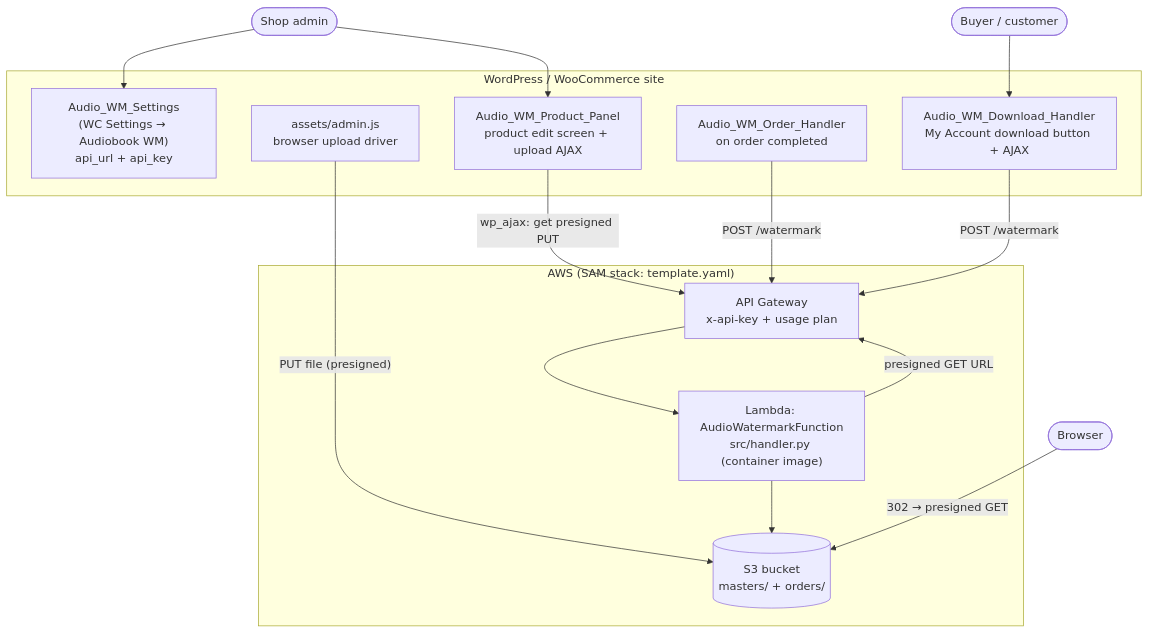
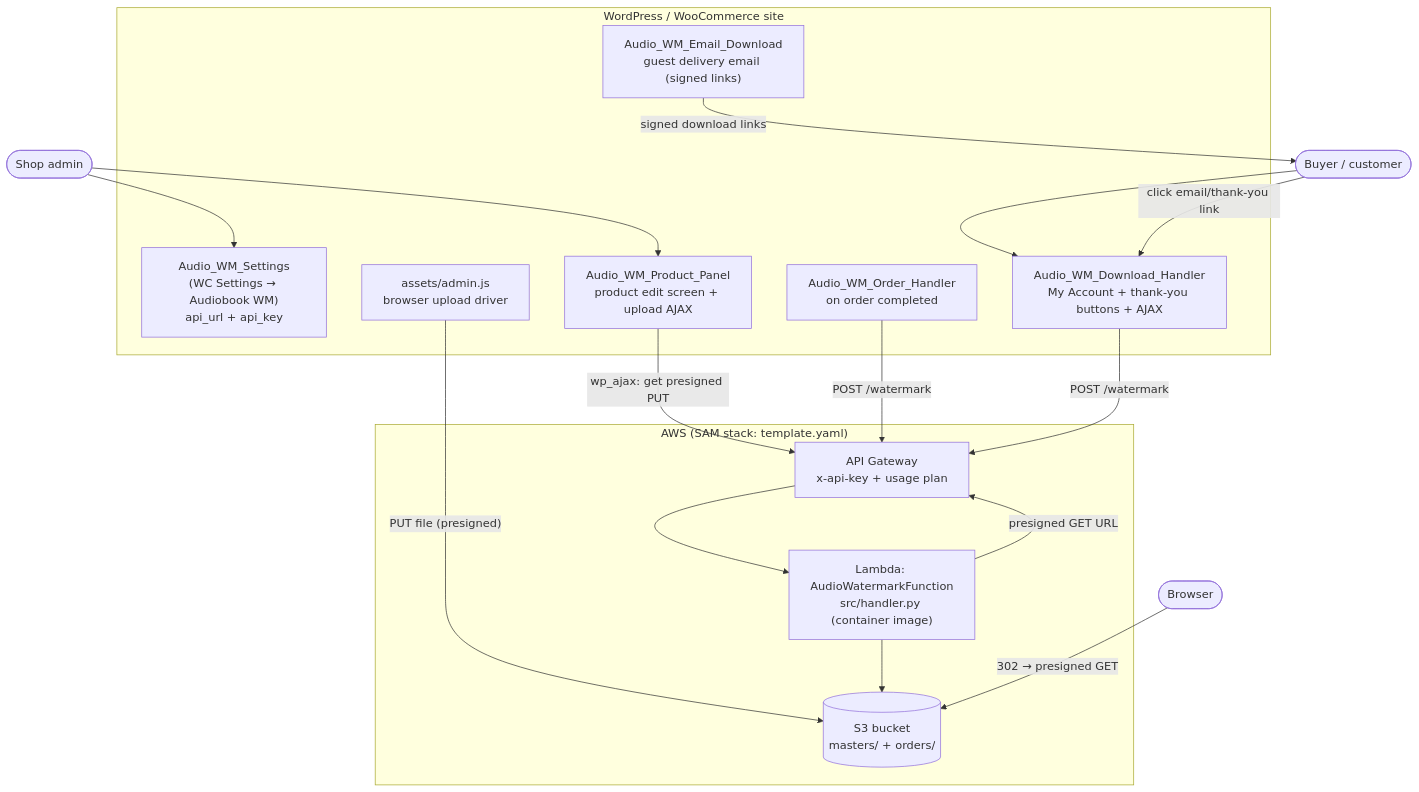
Before and after one commit to l-k-sfr-jt/audio-watermark: the diagram in docs/ARCHITECTURE.md, drawn with Mermaid. The commit also changed other lines of this file and 12 other files, not shown here.

First line of the commit message:
Add guest email delivery, trigger on processing, fix upload UX

````diff
--- a/docs/ARCHITECTURE.md
+++ b/docs/ARCHITECTURE.md
@@ -16,32 +16,35 @@
 ```mermaid
 flowchart TB
     subgraph WP["WordPress / WooCommerce site"]
         SET["Audio_WM_Settings\n(WC Settings → Audiobook WM)\napi_url + api_key"]
         PP["Audio_WM_Product_Panel\nproduct edit screen + upload AJAX"]
         OH["Audio_WM_Order_Handler\non order completed"]
-        DH["Audio_WM_Download_Handler\nMy Account download button + AJAX"]
+        DH["Audio_WM_Download_Handler\nMy Account + thank-you buttons + AJAX"]
+        EM["Audio_WM_Email_Download\nguest delivery email (signed links)"]
         JS["assets/admin.js\nbrowser upload driver"]
     end
 
     subgraph AWS["AWS (SAM stack: template.yaml)"]
         APIGW["API Gateway\nx-api-key + usage plan"]
         L["Lambda: AudioWatermarkFunction\nsrc/handler.py (container image)"]
         S3[("S3 bucket\nmasters/  +  orders/")]
     end
 
     ADMIN(["Shop admin"])
     BUYER(["Buyer / customer"])
     BROWSER(["Browser"])
 
     ADMIN --> SET
     ADMIN --> PP
     PP -->|"wp_ajax: get presigned PUT"| APIGW
     JS -->|"PUT file (presigned)"| S3
     BUYER --> DH
+    EM -->|"signed download links"| BUYER
+    BUYER -->|"click email/thank-you link"| DH
     OH -->|"POST /watermark"| APIGW
     DH -->|"POST /watermark"| APIGW
     APIGW --> L
     L --> S3
     L -->|"presigned GET URL"| APIGW
     BROWSER -->|"302 → presigned GET"| S3
 ```
````
